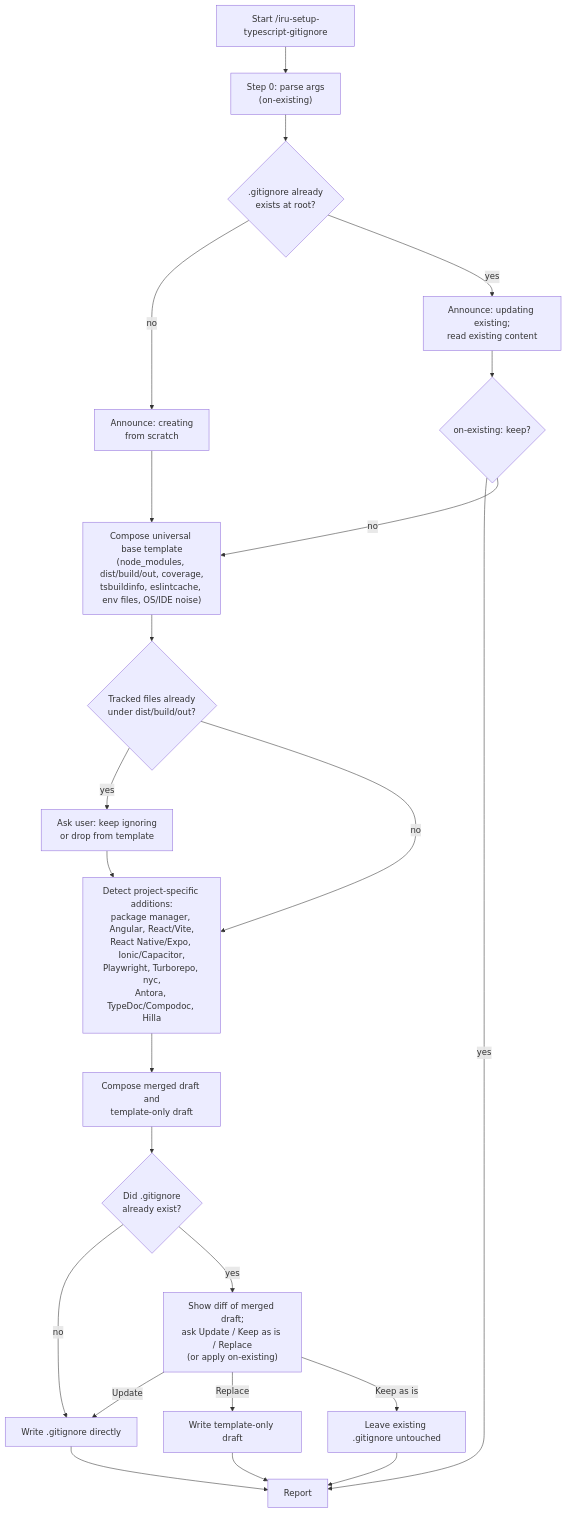
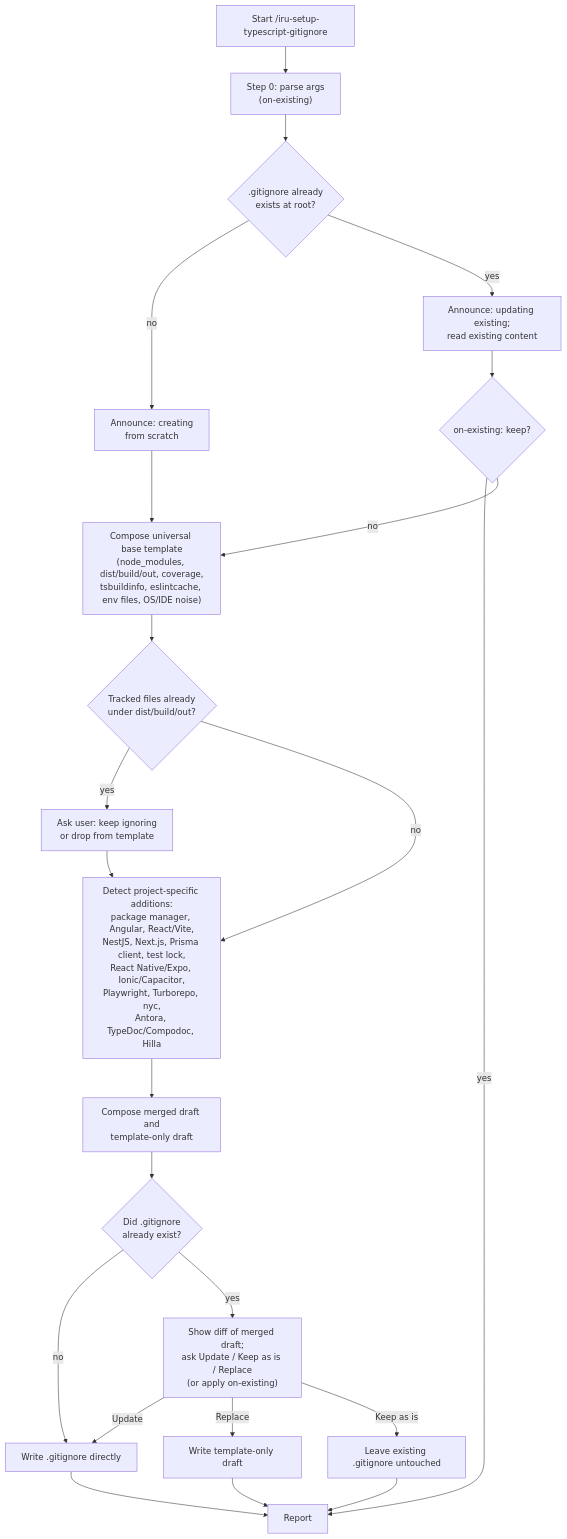
The diagram in docs/modules/ROOT/pages/skills/iru-setup-typescript-gitignore.adoc (albertoirurueta/ai-catalog), drawn with Mermaid before and after one commit. The commit also changed other lines of this file and 234 other files, not shown here.

First line of the commit message:
Support Kotlin Spring Boot, Quarkus, PHP, NestJS and Next.js (#19)

```diff
--- a/docs/modules/ROOT/pages/skills/iru-setup-typescript-gitignore.adoc
+++ b/docs/modules/ROOT/pages/skills/iru-setup-typescript-gitignore.adoc
@@ -80,26 +84,26 @@
 [mermaid]
 ....
 flowchart TD
     A[Start /iru-setup-typescript-gitignore] --> A0["Step 0: parse args\n(on-existing)"]
     A0 --> B{".gitignore already\nexists at root?"}
     B -- no --> B1["Announce: creating\nfrom scratch"]
     B1 --> C["Compose universal base template\n(node_modules, dist/build/out, coverage,\ntsbuildinfo, eslintcache, env files, OS/IDE noise)"]
     B -- yes --> D["Announce: updating existing;\nread existing content"]
     D --> D1{"on-existing: keep?"}
     D1 -- yes --> M
     D1 -- no --> C
     C --> E{"Tracked files already\nunder dist/build/out?"}
     E -- yes --> F["Ask user: keep ignoring\nor drop from template"]
-    E -- no --> G["Detect project-specific additions:\npackage manager, Angular, React/Vite,\nReact Native/Expo, Ionic/Capacitor,\nPlaywright, Turborepo, nyc,\nAntora, TypeDoc/Compodoc, Hilla"]
+    E -- no --> G["Detect project-specific additions:\npackage manager, Angular, React/Vite,\nNestJS, Next.js, Prisma client, test lock,\nReact Native/Expo, Ionic/Capacitor,\nPlaywright, Turborepo, nyc,\nAntora, TypeDoc/Compodoc, Hilla"]
     F --> G
     G --> H["Compose merged draft and\ntemplate-only draft"]
     H --> I{"Did .gitignore\nalready exist?"}
     I -- no --> J["Write .gitignore directly"]
     I -- yes --> K["Show diff of merged draft;\nask Update / Keep as is / Replace\n(or apply on-existing)"]
     K -- Update --> J
     K -- Replace --> J2["Write template-only draft"]
     K -- Keep as is --> L["Leave existing .gitignore untouched"]
     J2 --> M
     J --> M[Report]
     L --> M
 ....
```
